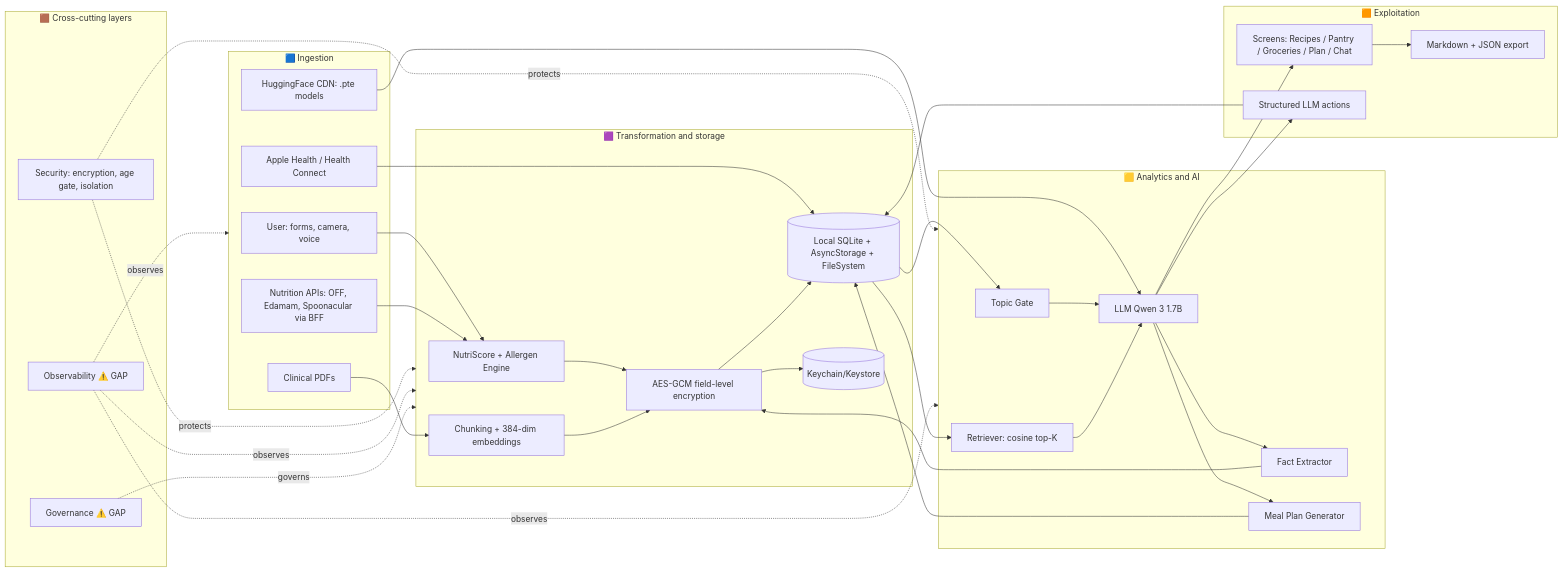
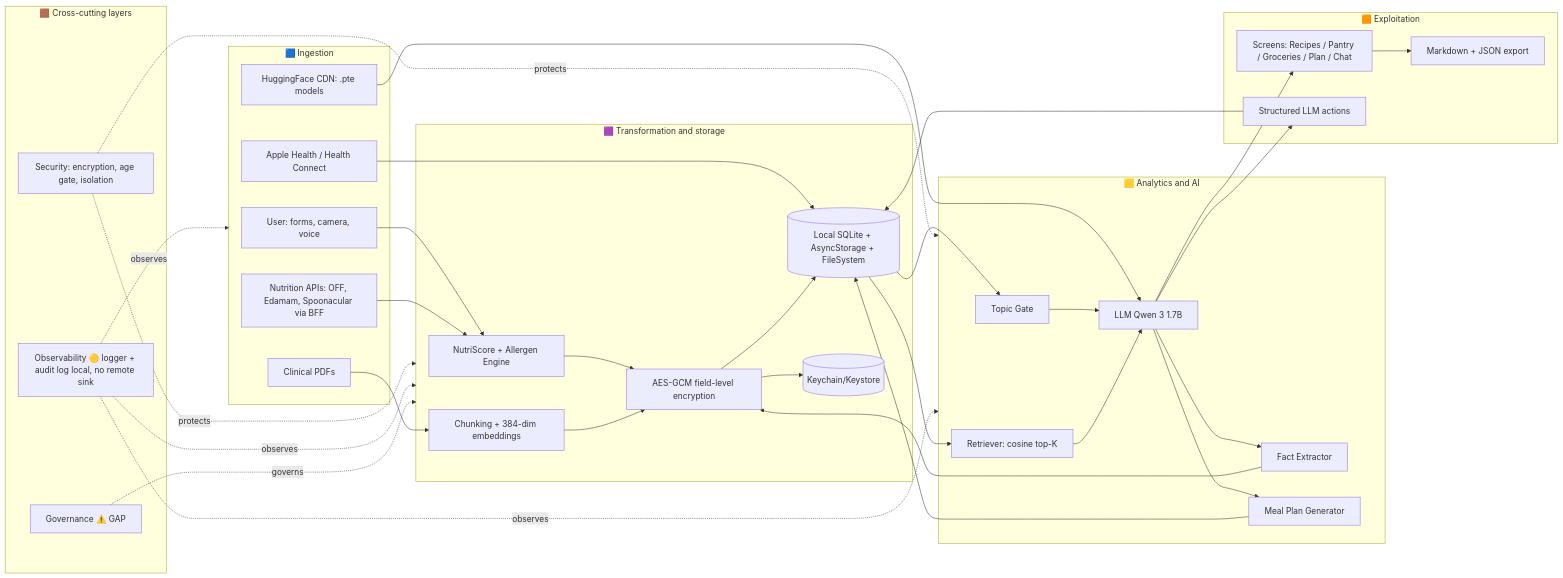
One commit to antonionc/nutrIAssistant changed the diagram in docs/data-architecture/01-data-lifecycle.md. Above: the diagram before and after it, drawn with Mermaid. The commit also changed other lines of this file and 12 other files, not shown here.

````diff
--- a/docs/data-architecture/01-data-lifecycle.md
+++ b/docs/data-architecture/01-data-lifecycle.md
@@ -5,60 +5,60 @@
 ```mermaid
 flowchart LR
     subgraph Ingestion["🟦 Ingestion"]
         U[User: forms, camera, voice]
         D[Clinical PDFs]
         H[Apple Health / Health Connect]
         E[Nutrition APIs: OFF, Edamam, Spoonacular via BFF]
         M[HuggingFace CDN: .pte models]
     end
 
     subgraph Transform["🟪 Transformation and storage"]
         N[NutriScore + Allergen Engine]
         C[AES-GCM field-level encryption]
         K[Chunking + 384-dim embeddings]
         S[(Local SQLite + AsyncStorage + FileSystem)]
         KS[(Keychain/Keystore)]
     end
 
     subgraph AI["🟨 Analytics and AI"]
         T[Topic Gate]
         L[LLM Qwen 3 1.7B]
         R[Retriever: cosine top-K]
         FE[Fact Extractor]
         MP[Meal Plan Generator]
     end
 
     subgraph Use["🟧 Exploitation"]
         UI[Screens: Recipes / Pantry / Groceries / Plan / Chat]
         EX[Markdown + JSON export]
         AC[Structured LLM actions]
     end
 
     subgraph Cross["🟫 Cross-cutting layers"]
         SEC[Security: encryption, age gate, isolation]
-        OBS[Observability ⚠️ GAP]
+        OBS[Observability 🟡 logger + audit log local, no remote sink]
         GOV[Governance ⚠️ GAP]
     end
 
     U --> N
     D --> K
     H --> S
     E --> N
     M --> L
     N --> C --> S
     K --> C
     C --> KS
     S --> T --> L --> UI
     S --> R --> L
     L --> FE --> C
     L --> MP --> S
     UI --> EX
     L --> AC --> S
 
     SEC -.protects.-> Transform
     SEC -.protects.-> AI
     OBS -.observes.-> Ingestion
     OBS -.observes.-> Transform
     OBS -.observes.-> AI
     GOV -.governs.-> Transform
 ```
````
